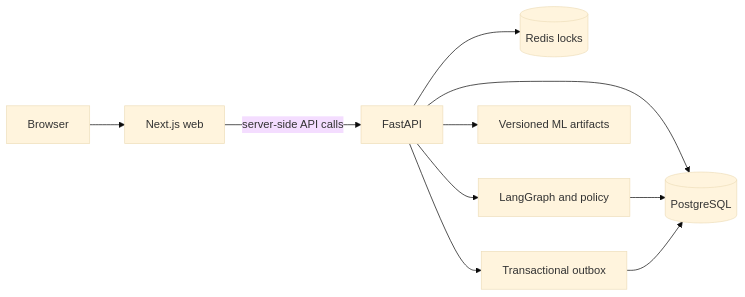
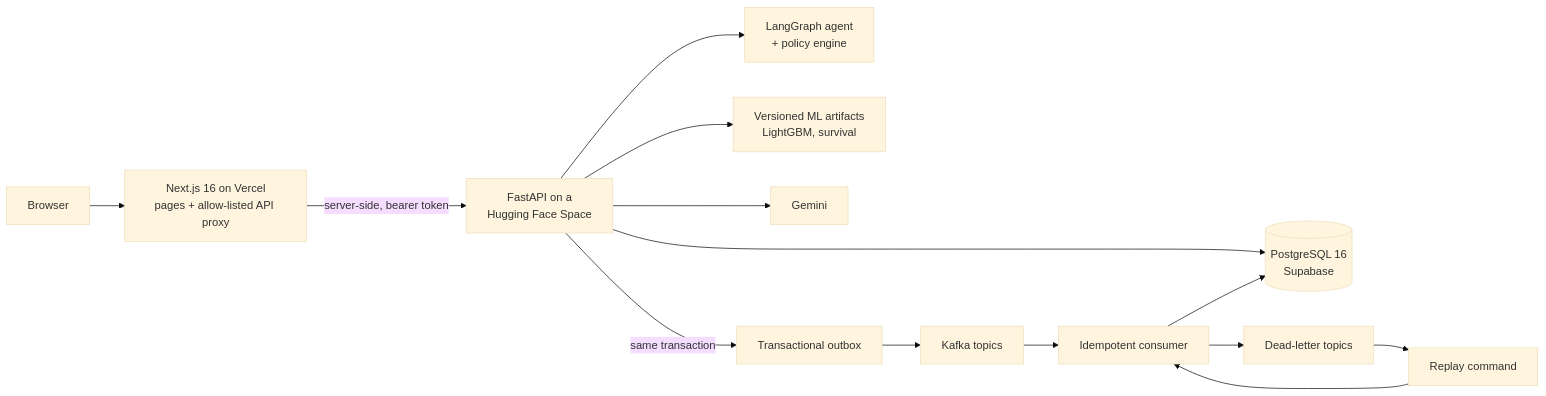
One commit to whizey/InvoiceIQ changed the first of 3 diagrams in README.md. Above: the diagram before and after it, drawn with Mermaid (base theme). The commit also changed other lines of this file and 15 other files, not shown here.

````diff
--- a/README.md
+++ b/README.md
@@ -28,12 +88,16 @@
 ```mermaid
 flowchart LR
-  Browser[Browser] --> Web[Next.js web]
-  Web -->|server-side API calls| API[FastAPI]
-  API --> DB[(PostgreSQL)]
-  API --> Redis[(Redis locks)]
-  API --> Graph[LangGraph and policy]
-  Graph --> DB
-  API --> Models[Versioned ML artifacts]
-  API --> Outbox[Transactional outbox]
-  Outbox --> DB
+  Browser[Browser] --> Web["Next.js 16 on Vercel<br/>pages + allow-listed API proxy"]
+  Web -->|server-side, bearer token| API["FastAPI on a<br/>Hugging Face Space"]
+  API --> DB[(PostgreSQL 16<br/>Supabase)]
+  API --> Graph[LangGraph agent<br/>+ policy engine]
+  API --> Models[Versioned ML artifacts<br/>LightGBM, survival]
+  API --> LLM[Gemini]
+  API -->|same transaction| Outbox[Transactional outbox]
+  Outbox --> Kafka[Kafka topics]
+  Kafka --> Consumer[Idempotent consumer]
+  Consumer --> DB
+  Consumer --> DLQ[Dead-letter topics]
+  DLQ --> Replay[Replay command]
+  Replay --> Consumer
 ```
````
